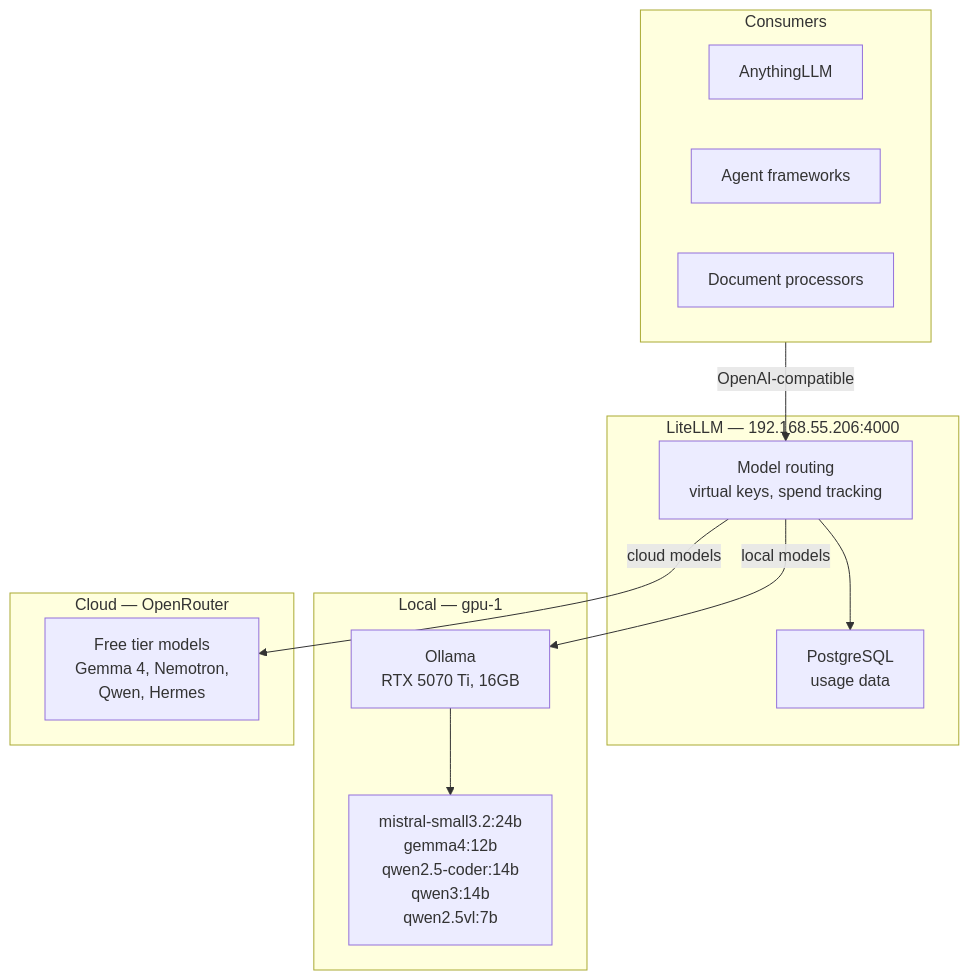
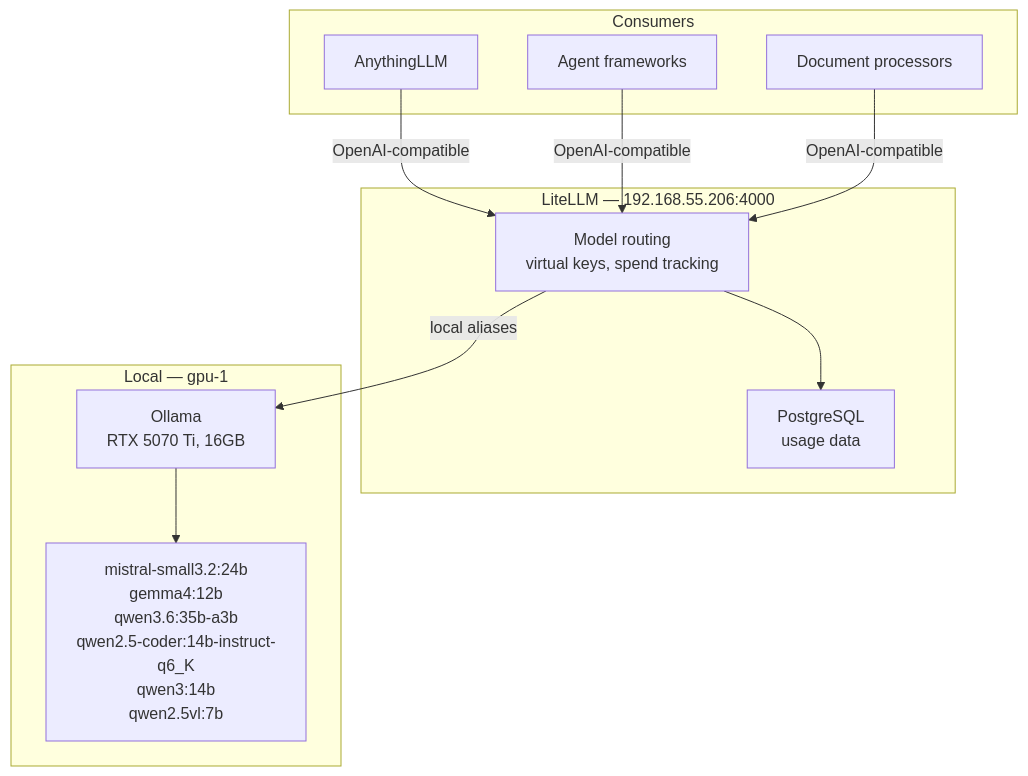
Before and after one commit to derio-net/frank: the diagram in blog/content/docs/building/10-local-inference/index.md, drawn with Mermaid. The commit also changed other lines of this file and 52 other files, not shown here.

````diff
--- a/blog/content/docs/building/10-local-inference/index.md
+++ b/blog/content/docs/building/10-local-inference/index.md
@@ -19,25 +21,23 @@
 ```mermaid
 flowchart TD
   subgraph Consumers[Consumers]
     AGI[AnythingLLM]
     Agent[Agent frameworks]
     Doc[Document processors]
   end
   subgraph Gateway[LiteLLM — 192.168.55.206:4000]
     Router[Model routing<br/>virtual keys, spend tracking]
     PG[PostgreSQL<br/>usage data]
   end
   subgraph Local[Local — gpu-1]
     Ollama[Ollama<br/>RTX 5070 Ti, 16GB]
-    Models[mistral-small3.2:24b<br/>gemma4:12b<br/>qwen2.5-coder:14b<br/>qwen3:14b<br/>qwen2.5vl:7b]
-  end
-  subgraph Cloud[Cloud — OpenRouter]
-    Free[Free tier models<br/>Gemma 4, Nemotron,<br/>Qwen, Hermes]
+    Models[mistral-small3.2:24b<br/>gemma4:12b<br/>qwen3.6:35b-a3b<br/>qwen2.5-coder:14b-instruct-q6_K<br/>qwen3:14b<br/>qwen2.5vl:7b]
   end
 
-  Consumers -->|OpenAI-compatible| Router
-  Router -->|local models| Ollama
-  Router -->|cloud models| Free
+  AGI -->|OpenAI-compatible| Router
+  Agent -->|OpenAI-compatible| Router
+  Doc -->|OpenAI-compatible| Router
+  Router -->|local aliases| Ollama
   Ollama --> Models
   Router --> PG
 ```
````
